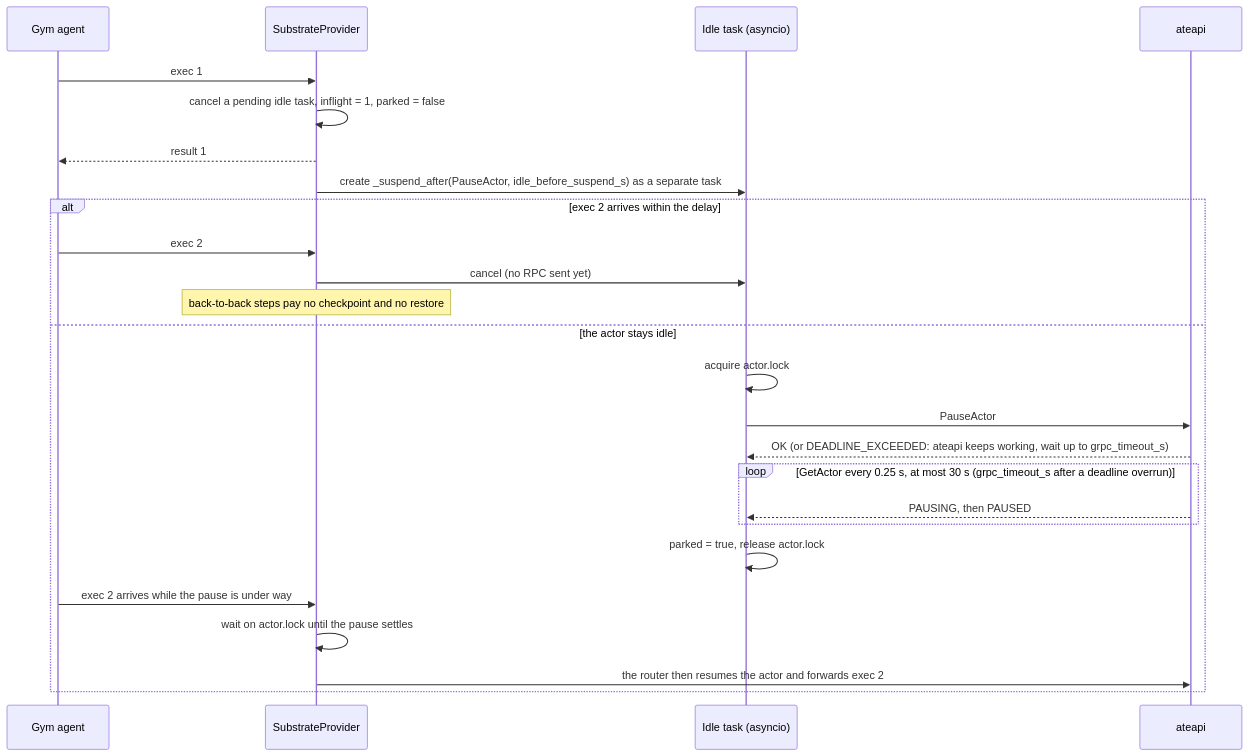
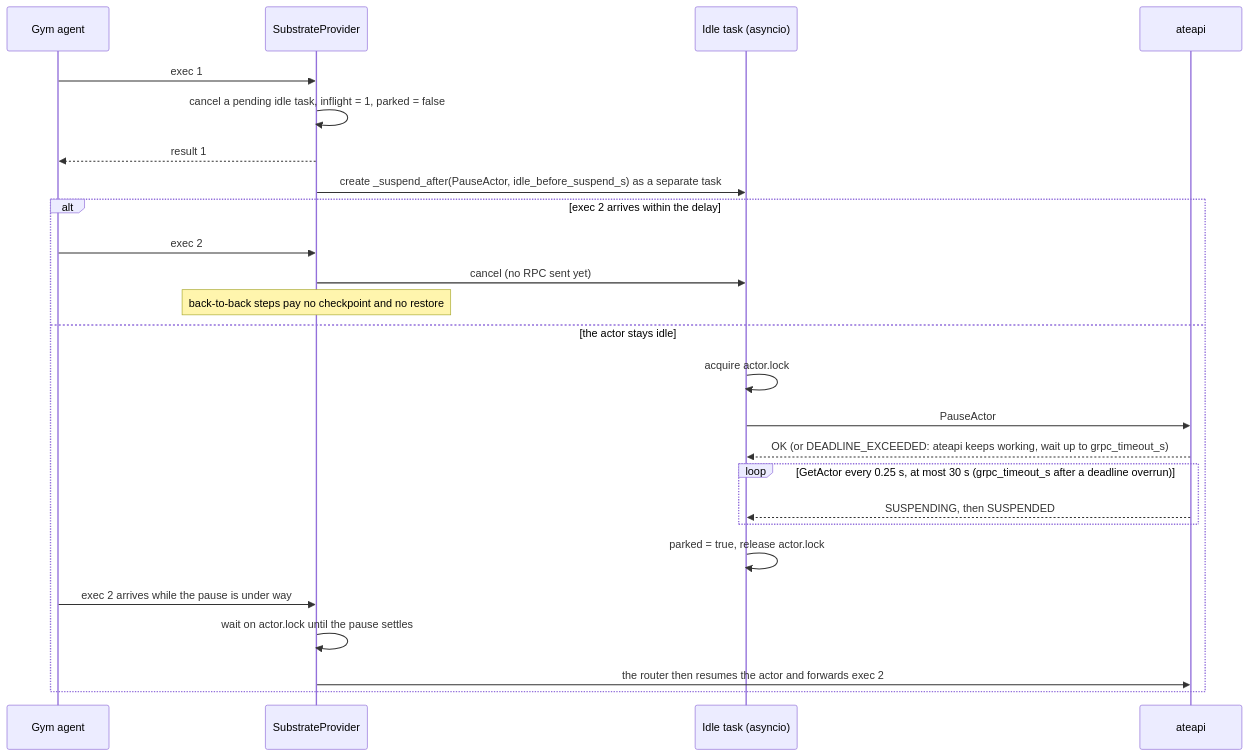
Before and after one commit to dims/gym-substrate: the fifth of 8 diagrams in docs/architecture.md, drawn with Mermaid. The commit also changed other lines of this file and 12 other files, not shown here.

````diff
--- a/docs/architecture.md
+++ b/docs/architecture.md
@@ -211,28 +211,28 @@
 ```mermaid
 sequenceDiagram
   participant G as Gym agent
   participant P as SubstrateProvider
   participant T as Idle task (asyncio)
   participant A as ateapi
 
   G->>P: exec 1
   P->>P: cancel a pending idle task, inflight = 1, parked = false
   P-->>G: result 1
   P->>T: create _suspend_after(PauseActor, idle_before_suspend_s) as a separate task
   alt exec 2 arrives within the delay
     G->>P: exec 2
     P->>T: cancel (no RPC sent yet)
     Note over P: back-to-back steps pay no checkpoint and no restore
   else the actor stays idle
     T->>T: acquire actor.lock
     T->>A: PauseActor
     A-->>T: OK (or DEADLINE_EXCEEDED: ateapi keeps working, wait up to grpc_timeout_s)
     loop GetActor every 0.25 s, at most 30 s (grpc_timeout_s after a deadline overrun)
-      A-->>T: PAUSING, then PAUSED
+      A-->>T: SUSPENDING, then SUSPENDED
     end
     T->>T: parked = true, release actor.lock
     G->>P: exec 2 arrives while the pause is under way
     P->>P: wait on actor.lock until the pause settles
     P->>A: the router then resumes the actor and forwards exec 2
   end
 ```
````
